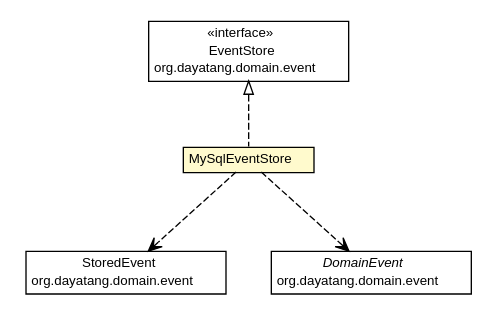
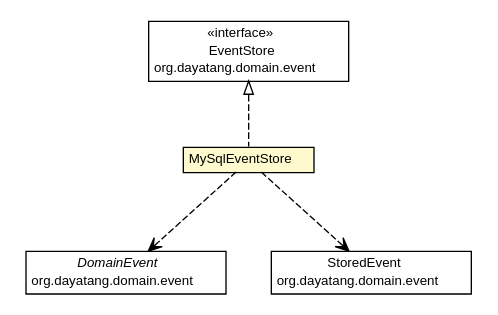
Before and after one commit to dayatang/dddlib: the diagram in dddlib-event-store/apidocs/org/dayatang/mysql/MySqlEventStore.dot, drawn with Graphviz. The commit also changed 20 other files, not shown here.

```diff
--- a/dddlib-event-store/apidocs/org/dayatang/mysql/MySqlEventStore.dot
+++ b/dddlib-event-store/apidocs/org/dayatang/mysql/MySqlEventStore.dot
@@ -1,46 +1,46 @@
 #!/usr/local/bin/dot
 #
 # Class diagram 
 # Generated by UMLGraph version R5_6_6-8-g8d7759 (http://www.umlgraph.org/)
 #
 
 digraph G {
 	edge [fontname="Helvetica",fontsize=10,labelfontname="Helvetica",labelfontsize=10];
 	node [fontname="Helvetica",fontsize=10,shape=plaintext];
 	nodesep=0.25;
 	ranksep=0.5;
 	// org.dayatang.mysql.MySqlEventStore
 	c7 [label=<<table title="org.dayatang.mysql.MySqlEventStore" border="0" cellborder="1" cellspacing="0" cellpadding="2" port="p" bgcolor="lemonChiffon" href="./MySqlEventStore.html">
 		<tr><td><table border="0" cellspacing="0" cellpadding="1">
 <tr><td align="center" balign="center"> MySqlEventStore </td></tr>
 		</table></td></tr>
 		</table>>, URL="./MySqlEventStore.html", fontname="Helvetica", fontcolor="black", fontsize=10.0];
 	//org.dayatang.mysql.MySqlEventStore implements org.dayatang.domain.event.EventStore
 	c8:p -> c7:p [dir=back,arrowtail=empty,style=dashed];
+	// org.dayatang.mysql.MySqlEventStore DEPEND org.dayatang.domain.event.DomainEvent
+	c7:p -> c11:p [taillabel="", label=" "headlabel="", fontname="Helvetica", fontcolor="black", fontsize=10.0, color="black", arrowhead=open, style=dashed];
 	// org.dayatang.mysql.MySqlEventStore DEPEND org.dayatang.domain.event.StoredEvent
-	c7:p -> c12:p [taillabel="", label=" "headlabel="", fontname="Helvetica", fontcolor="black", fontsize=10.0, color="black", arrowhead=open, style=dashed];
-	// org.dayatang.mysql.MySqlEventStore DEPEND org.dayatang.domain.event.DomainEvent
 	c7:p -> c13:p [taillabel="", label=" "headlabel="", fontname="Helvetica", fontcolor="black", fontsize=10.0, color="black", arrowhead=open, style=dashed];
 	// org.dayatang.domain.event.DomainEvent
-	c13 [label=<<table title="org.dayatang.domain.event.DomainEvent" border="0" cellborder="1" cellspacing="0" cellpadding="2" port="p" href="http://java.sun.com/j2se/1.4.2/docs/api/org/dayatang/domain/event/DomainEvent.html">
+	c11 [label=<<table title="org.dayatang.domain.event.DomainEvent" border="0" cellborder="1" cellspacing="0" cellpadding="2" port="p" href="http://java.sun.com/j2se/1.4.2/docs/api/org/dayatang/domain/event/DomainEvent.html">
 		<tr><td><table border="0" cellspacing="0" cellpadding="1">
 <tr><td align="center" balign="center"><font face="Helvetica-Oblique"> DomainEvent </font></td></tr>
 <tr><td align="center" balign="center"> org.dayatang.domain.event </td></tr>
 		</table></td></tr>
 		</table>>, URL="http://java.sun.com/j2se/1.4.2/docs/api/org/dayatang/domain/event/DomainEvent.html", fontname="Helvetica", fontcolor="black", fontsize=10.0];
 	// org.dayatang.domain.event.EventStore
 	c8 [label=<<table title="org.dayatang.domain.event.EventStore" border="0" cellborder="1" cellspacing="0" cellpadding="2" port="p" href="http://java.sun.com/j2se/1.4.2/docs/api/org/dayatang/domain/event/EventStore.html">
 		<tr><td><table border="0" cellspacing="0" cellpadding="1">
 <tr><td align="center" balign="center"> &#171;interface&#187; </td></tr>
 <tr><td align="center" balign="center"> EventStore </td></tr>
 <tr><td align="center" balign="center"> org.dayatang.domain.event </td></tr>
 		</table></td></tr>
 		</table>>, URL="http://java.sun.com/j2se/1.4.2/docs/api/org/dayatang/domain/event/EventStore.html", fontname="Helvetica", fontcolor="black", fontsize=10.0];
 	// org.dayatang.domain.event.StoredEvent
-	c12 [label=<<table title="org.dayatang.domain.event.StoredEvent" border="0" cellborder="1" cellspacing="0" cellpadding="2" port="p" href="http://java.sun.com/j2se/1.4.2/docs/api/org/dayatang/domain/event/StoredEvent.html">
+	c13 [label=<<table title="org.dayatang.domain.event.StoredEvent" border="0" cellborder="1" cellspacing="0" cellpadding="2" port="p" href="http://java.sun.com/j2se/1.4.2/docs/api/org/dayatang/domain/event/StoredEvent.html">
 		<tr><td><table border="0" cellspacing="0" cellpadding="1">
 <tr><td align="center" balign="center"> StoredEvent </td></tr>
 <tr><td align="center" balign="center"> org.dayatang.domain.event </td></tr>
 		</table></td></tr>
 		</table>>, URL="http://java.sun.com/j2se/1.4.2/docs/api/org/dayatang/domain/event/StoredEvent.html", fontname="Helvetica", fontcolor="black", fontsize=10.0];
 }
```
